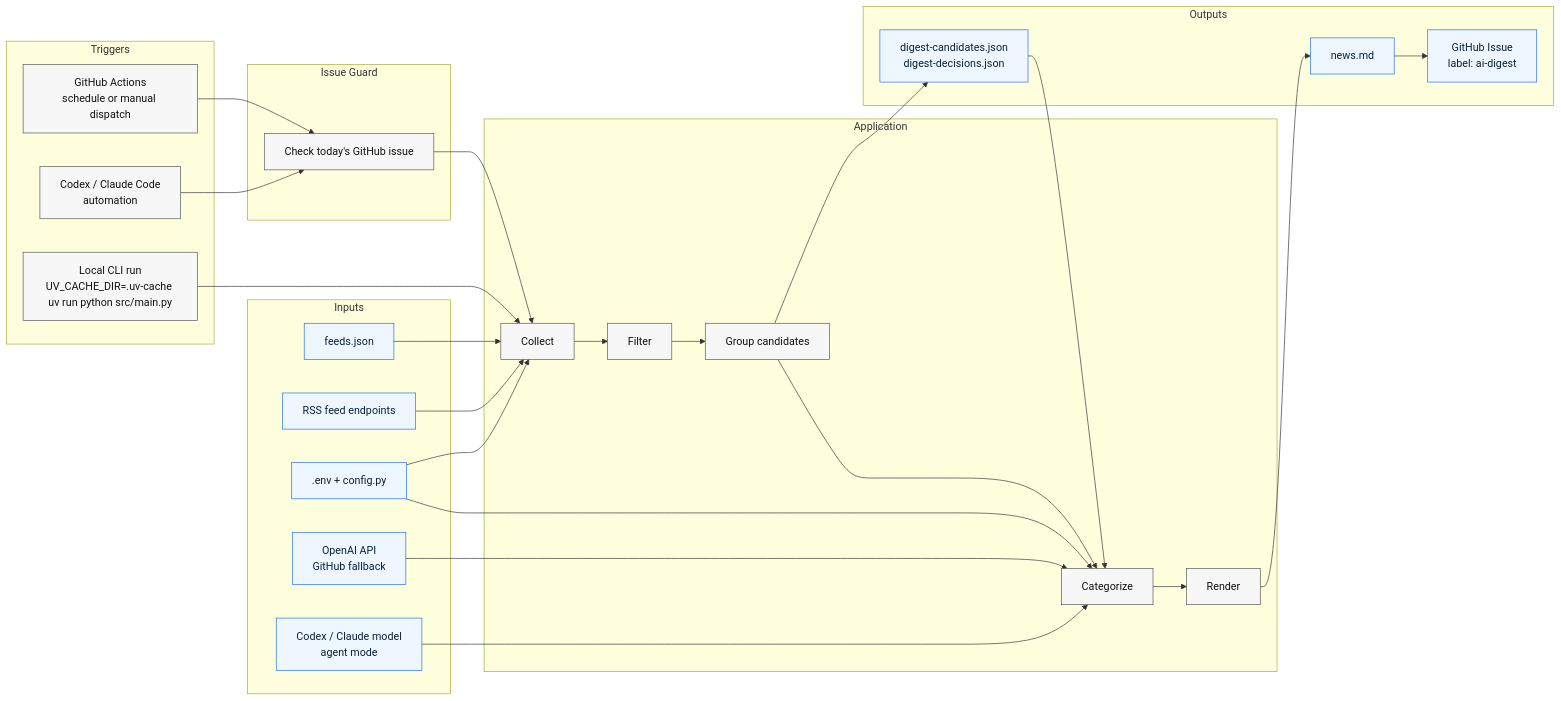
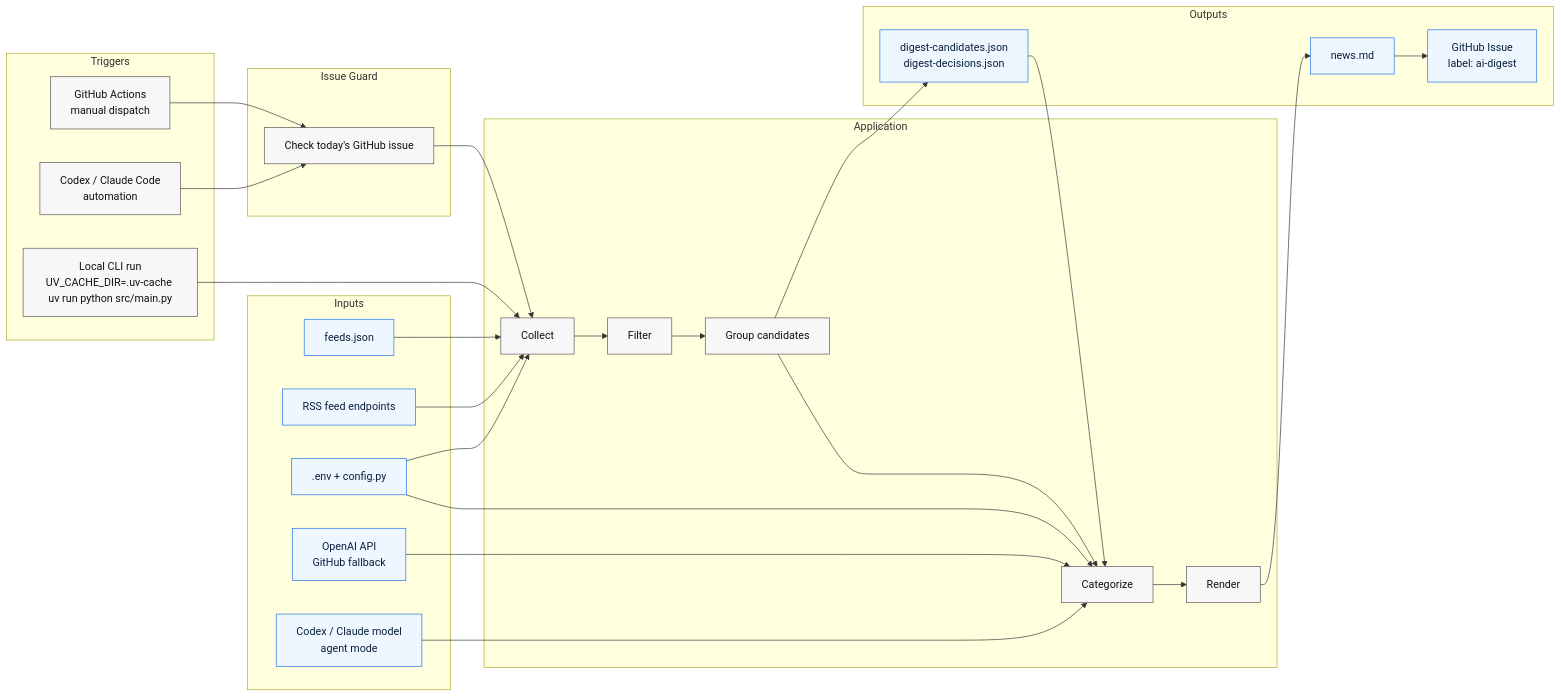
The first of 2 diagrams in docs/architecture.md (ActioBio/bio-news-agent), drawn with Mermaid before and after one commit. The commit also changed 3 other files, not shown here.

````diff
--- a/docs/architecture.md
+++ b/docs/architecture.md
@@ -5,54 +5,54 @@
 ```mermaid
 flowchart LR
     subgraph Trigger[Triggers]
-        GH[GitHub Actions<br/>schedule or manual dispatch]
+        GH[GitHub Actions<br/>manual dispatch]
         AGENT[Codex / Claude Code<br/>automation]
         LOCAL[Local CLI run<br/>UV_CACHE_DIR=.uv-cache uv run python src/main.py]
     end
 
     subgraph Guard[Issue Guard]
         CHECK[Check today's GitHub issue]
     end
 
     subgraph App[Application]
         C[Collect]
         F[Filter]
         G[Group candidates]
         K[Categorize]
         R[Render]
         C --> F --> G --> K --> R
     end
 
     subgraph In[Inputs]
         FEEDS[feeds.json]
         RSS[RSS feed endpoints]
         CONF[.env + config.py]
         OAI[OpenAI API<br/>GitHub fallback]
         MODEL[Codex / Claude model<br/>agent mode]
     end
 
     subgraph Out[Outputs]
         JSON[digest-candidates.json<br/>digest-decisions.json]
         MD[news.md]
         ISSUE[GitHub Issue<br/>label: ai-digest]
     end
 
     GH --> CHECK --> C
     AGENT --> CHECK
     LOCAL --> C
     FEEDS --> C
     RSS --> C
     CONF --> C
     CONF --> K
     OAI --> K
     MODEL --> K
     G --> JSON
     JSON --> K
     R --> MD
     MD --> ISSUE
 
     classDef io fill:#eef7ff,stroke:#1f6feb,stroke-width:1px,color:#0b1f3a;
     classDef proc fill:#f7f7f7,stroke:#555,stroke-width:1px,color:#111;
     class FEEDS,RSS,CONF,OAI,MODEL,JSON,MD,ISSUE io;
     class GH,AGENT,LOCAL,CHECK,C,F,G,K,R proc;
 ```
````
